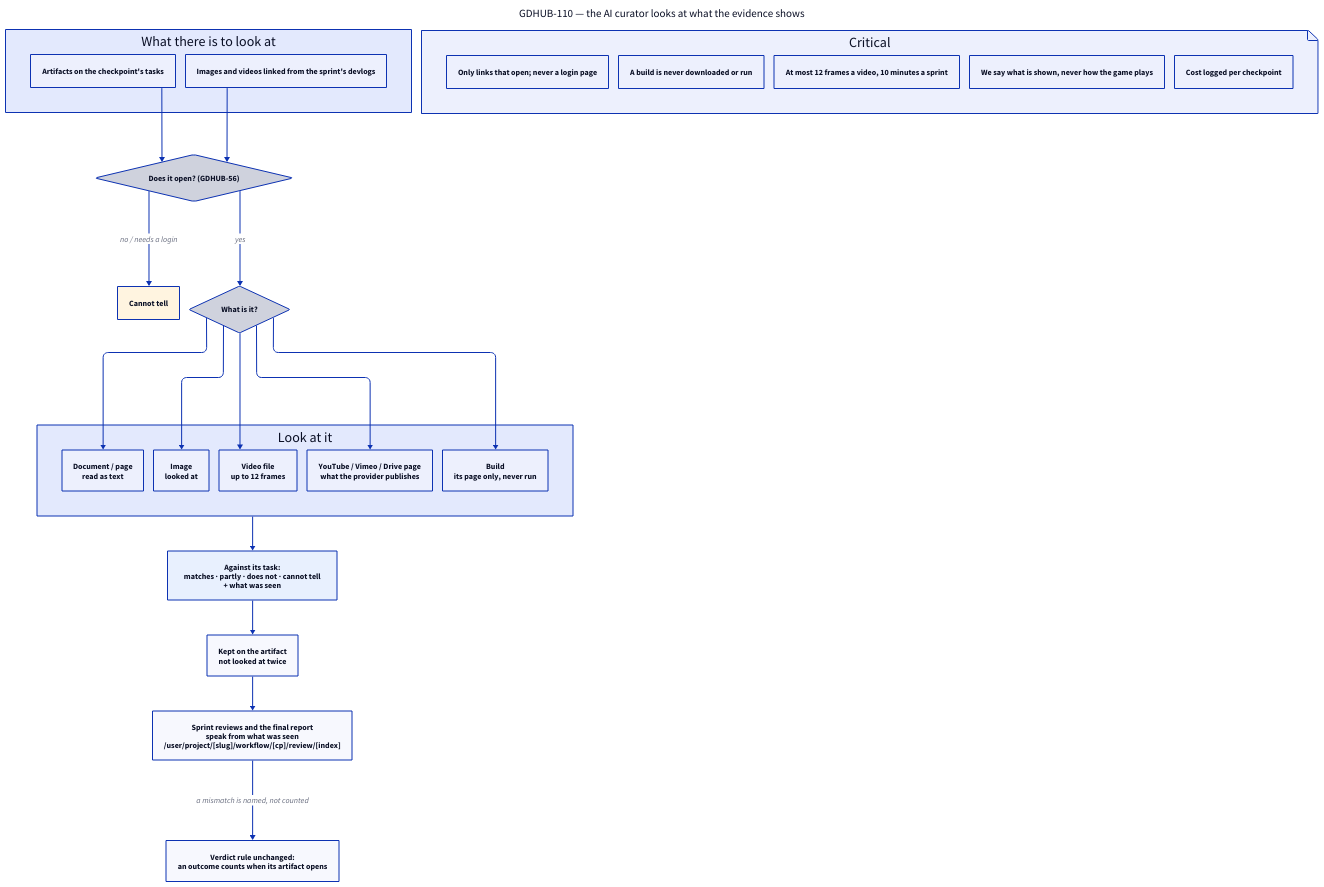
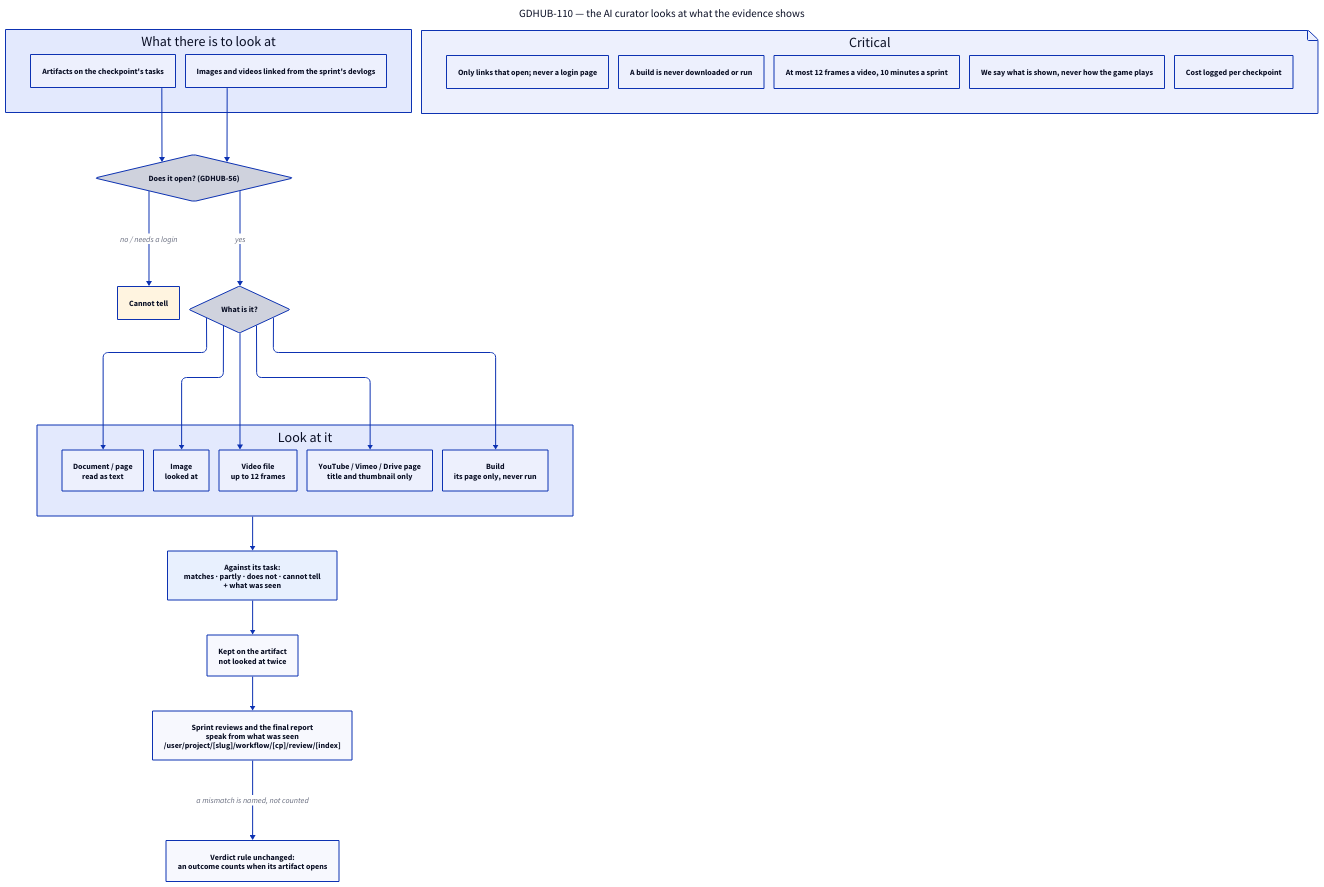
One commit to gdhub-io/gdhub changed the diagram in docs/checkpoints-artifact-content-flow.d2. Above: the diagram before and after it, drawn with D2. The commit also changed 1 other file, not shown here.

Commit message:
docs(intent): GDHUB-110 provider videos read from what the provider publishes

```diff
--- a/docs/checkpoints-artifact-content-flow.d2
+++ b/docs/checkpoints-artifact-content-flow.d2
@@ -1,69 +1,69 @@
 vars: {
   d2-config: {
     layout-engine: elk
   }
 }
 
 direction: down
 
 title: "GDHUB-110 — the AI curator looks at what the evidence shows" {
   shape: text
   near: top-center
   style.font-size: 22
 }
 
 sources: "What there is to look at" {
   artifacts: "Artifacts on the checkpoint's tasks"
   devlogs: "Images and videos linked from the sprint's devlogs"
 }
 
 gate: "Does it open? (GDHUB-56)" {
   shape: diamond
 }
 
 sources.artifacts -> gate
 sources.devlogs -> gate
 
 cannot: "Cannot tell" {style.fill: "#FFF4E0"}
 gate -> cannot: "no / needs a login"
 
 kind: "What is it?" {
   shape: diamond
 }
 gate -> kind: "yes"
 
 look: "Look at it" {
   text: "Document / page\nread as text"
   image: "Image\nlooked at"
   video: "Video file\nup to 12 frames"
-  provider: "YouTube / Vimeo / Drive page\nwhat the provider publishes"
+  provider: "YouTube / Vimeo / Drive page\ntitle and thumbnail only"
   build: "Build\nits page only, never run"
 }
 kind -> look.text
 kind -> look.image
 kind -> look.video
 kind -> look.provider
 kind -> look.build
 
 judge: "Against its task:\nmatches · partly · does not · cannot tell\n+ what was seen" {
   style.fill: "#E8F0FE"
 }
 look -> judge
 
 stored: "Kept on the artifact\nnot looked at twice"
 judge -> stored
 
 reviews: "Sprint reviews and the final report\nspeak from what was seen\n/user/project/[slug]/workflow/[cp]/review/[index]"
 stored -> reviews
 
 verdict: "Verdict rule unchanged:\nan outcome counts when its artifact opens"
 reviews -> verdict: "a mismatch is named, not counted"
 
 critical: "Critical" {
   shape: page
   a: "Only links that open; never a login page"
   b: "A build is never downloaded or run"
   c: "At most 12 frames a video, 10 minutes a sprint"
   d: "We say what is shown, never how the game plays"
   e: "Cost logged per checkpoint"
 }
```
